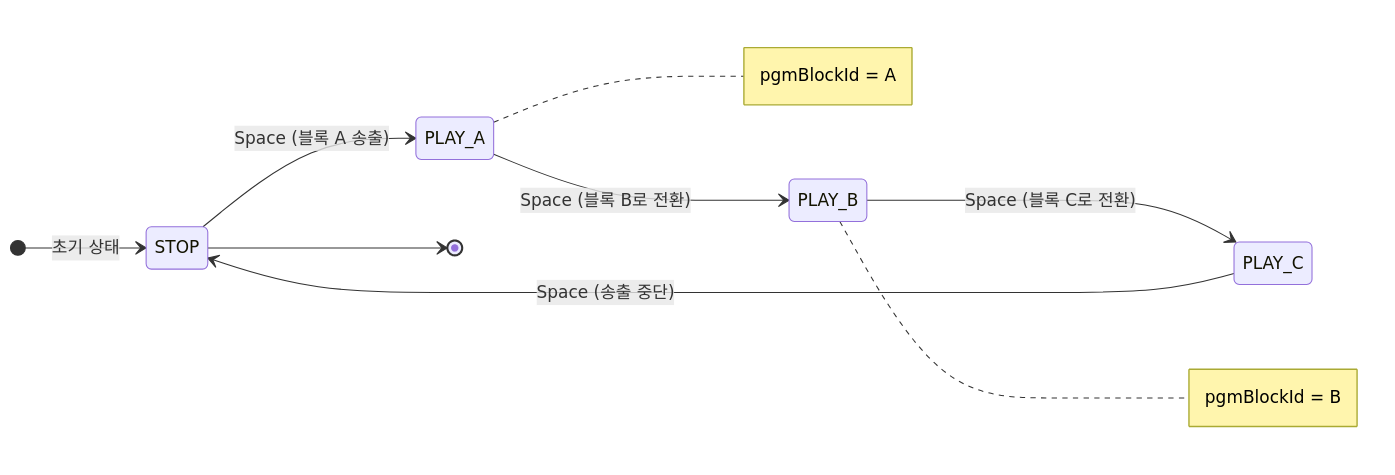
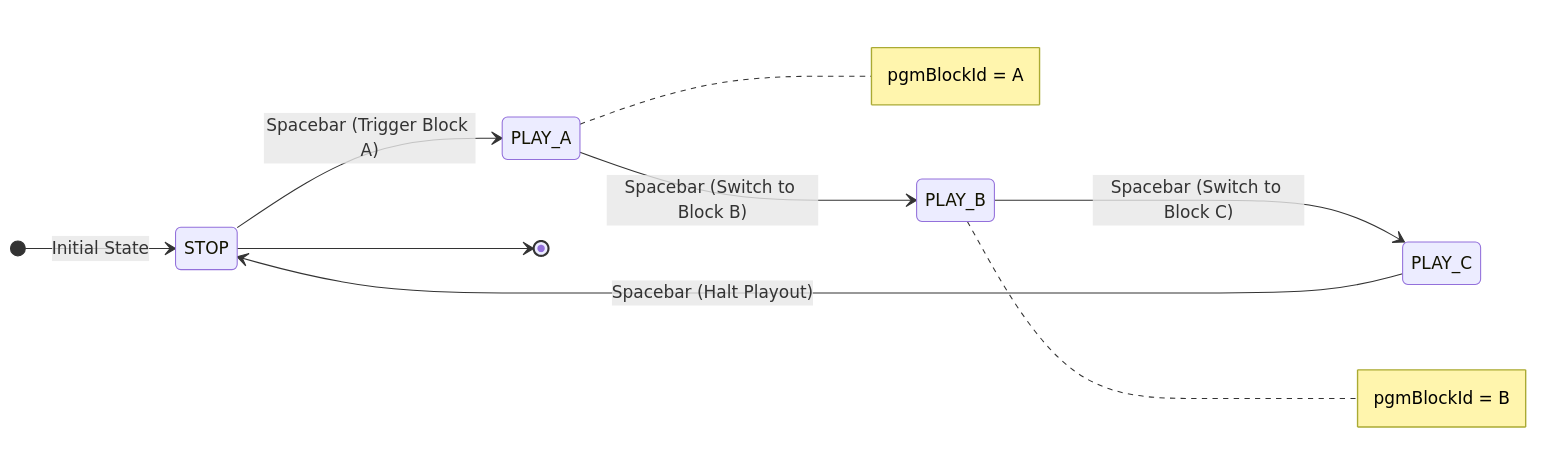
The first of 2 diagrams in webcg-k/docs/guide/REALTIME_SYNC_ARCHITECTURE.md (gkisanet/webcg-k), drawn with Mermaid before and after one commit. The commit also changed other lines of this file and 39 other files, not shown here.

````diff
--- a/webcg-k/docs/guide/REALTIME_SYNC_ARCHITECTURE.md
+++ b/webcg-k/docs/guide/REALTIME_SYNC_ARCHITECTURE.md
@@ -70,13 +70,13 @@
 ```mermaid
 stateDiagram-v2
     direction LR
-    [*] --> STOP: 초기 상태
-    STOP --> PLAY_A: Space (블록 A 송출)
-    PLAY_A --> PLAY_B: Space (블록 B로 전환)
-    PLAY_B --> PLAY_C: Space (블록 C로 전환)
-    PLAY_C --> STOP: Space (송출 중단)
+    [*] --> STOP: Initial State
+    STOP --> PLAY_A: Spacebar (Trigger Block A)
+    PLAY_A --> PLAY_B: Spacebar (Switch to Block B)
+    PLAY_B --> PLAY_C: Spacebar (Switch to Block C)
+    PLAY_C --> STOP: Spacebar (Halt Playout)
     STOP --> [*]
     
     note right of PLAY_A: pgmBlockId = A
     note right of PLAY_B: pgmBlockId = B
 ```
````
